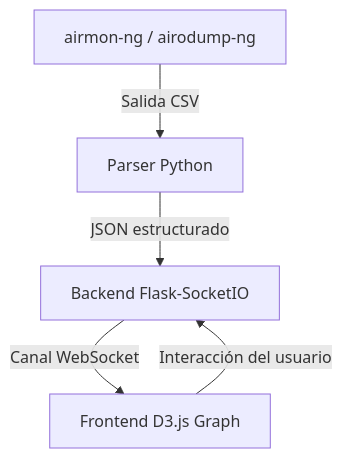
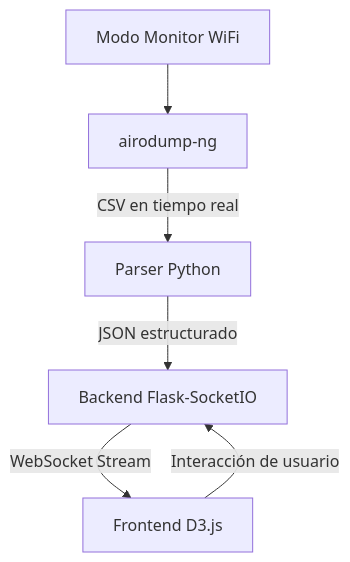
One commit to CarlosNadal/BlackSwan changed the diagram in README.md. Above: the diagram before and after it, drawn with Mermaid. The commit also changed other lines of this file, not shown here.

````diff
--- a/README.md
+++ b/README.md
@@ -215,7 +107,8 @@
 ```mermaid
-flowchart TD
-    A[airmon-ng / airodump-ng] -->|Salida CSV| B[Parser Python]
+graph TD
+    A[airodump-ng] -->|CSV en tiempo real| B[Parser Python]
     B -->|JSON estructurado| C[Backend Flask-SocketIO]
-    C -->|Canal WebSocket| D[Frontend D3.js Graph]
-    D -->|Interacción del usuario| C
+    C -->|WebSocket Stream| D[Frontend D3.js]
+    D -->|Interacción de usuario| C
+    E[Modo Monitor WiFi] --> A
 ```
````
